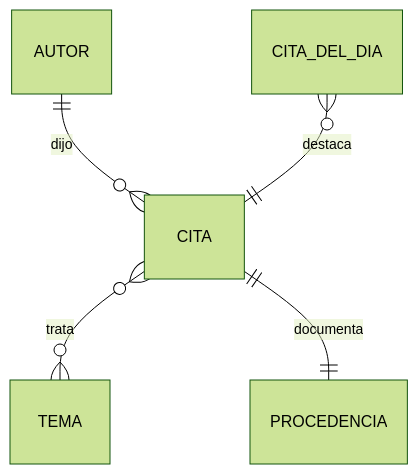
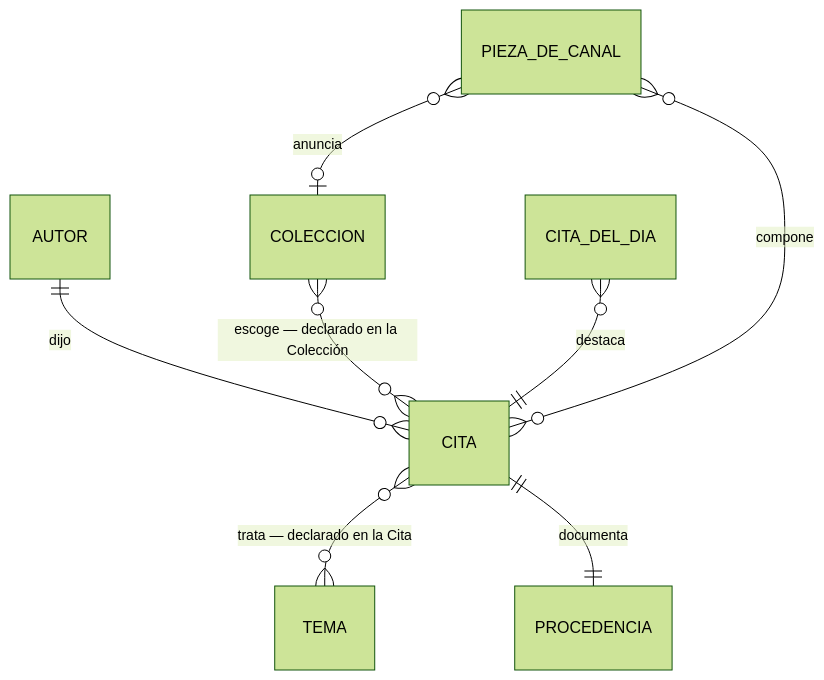
The second of 2 diagrams in _bmad-output/planning-artifacts/architecture/architecture-brainlySabiduria-2026-08-10/ARCHITECTURE-SPINE.md (HectorGlez4/hectorglez4.github.io), drawn with Mermaid (forest theme) before and after one commit. The commit also changed other lines of this file and 12 other files, not shown here.

````diff
--- a/_bmad-output/planning-artifacts/architecture/architecture-brainlySabiduria-2026-08-10/ARCHITECTURE-SPINE.md
+++ b/_bmad-output/planning-artifacts/architecture/architecture-brainlySabiduria-2026-08-10/ARCHITECTURE-SPINE.md
@@ -184,7 +261,10 @@
 ```mermaid
 erDiagram
   AUTOR ||--o{ CITA : "dijo"
-  CITA }o--o{ TEMA : "trata"
+  CITA }o--o{ TEMA : "trata — declarado en la Cita"
+  COLECCION }o--o{ CITA : "escoge — declarado en la Colección"
   CITA ||--|| PROCEDENCIA : "documenta"
   CITA_DEL_DIA }o--|| CITA : "destaca"
+  PIEZA_DE_CANAL }o--o{ CITA : "compone"
+  PIEZA_DE_CANAL }o--o| COLECCION : "anuncia"
 ```
````
